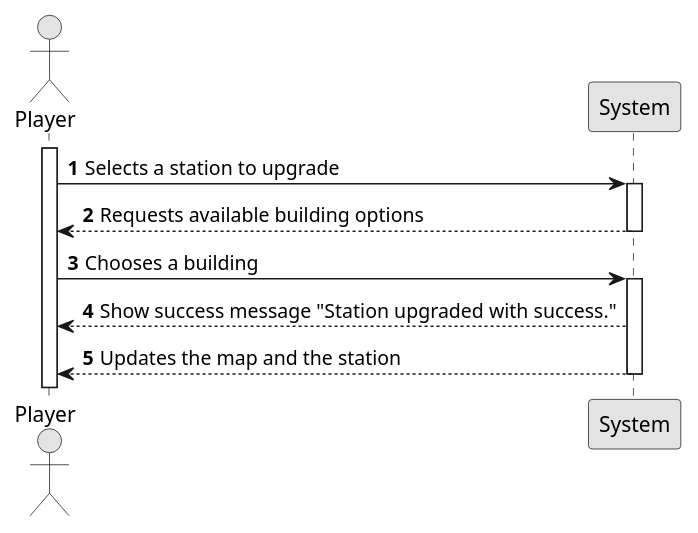
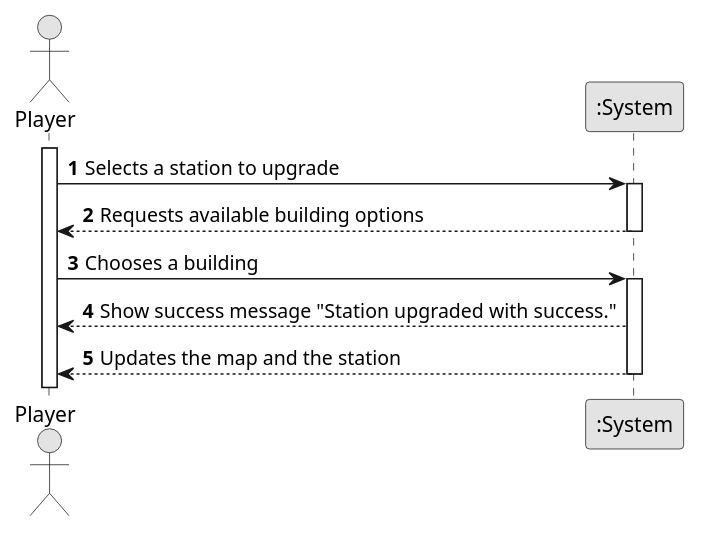
The diagram in docs/system-documentation/US006/01.requirements-engineering/puml/US006-SSD.puml (goncalolopesp/sem2-pi-24.25-g093-repo), drawn with PlantUML before and after one commit. The commit also changed 7 other files, not shown here.

```diff
--- a/docs/system-documentation/US006/01.requirements-engineering/puml/US006-SSD.puml
+++ b/docs/system-documentation/US006/01.requirements-engineering/puml/US006-SSD.puml
@@ -1,24 +1,24 @@
 @startuml
 
 skinparam monochrome true
 skinparam packageStyle rectangle
 skinparam shadowing false
 
 autonumber
 
 actor "Player" as Player
-participant "System" as System
+participant ":System" as System
 
 activate Player
 
     Player -> System : Selects a station to upgrade
     activate System
     System --> Player : Requests available building options
     deactivate System
     Player -> System : Chooses a building
     activate System
     System --> Player : Show success message "Station upgraded with success."
     System --> Player : Updates the map and the station
     deactivate System
 
 @enduml
```
